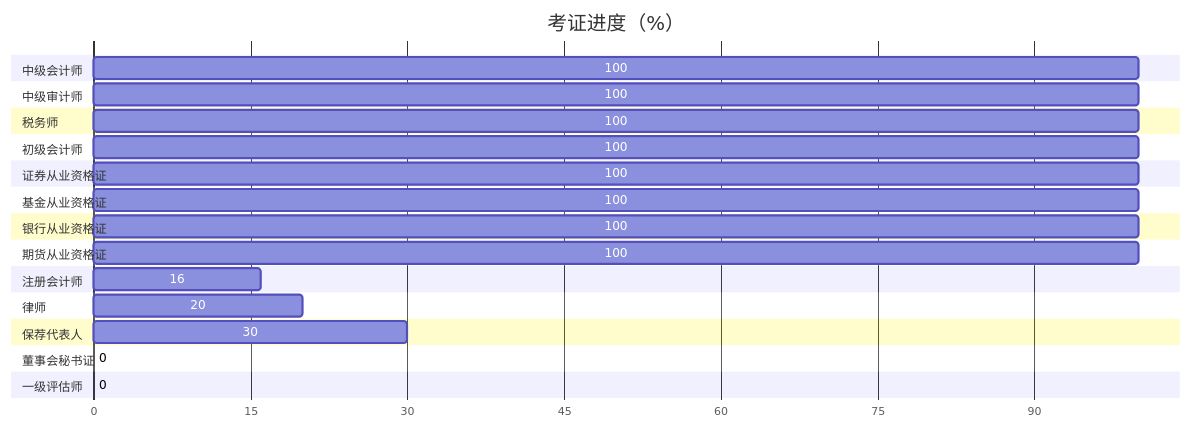
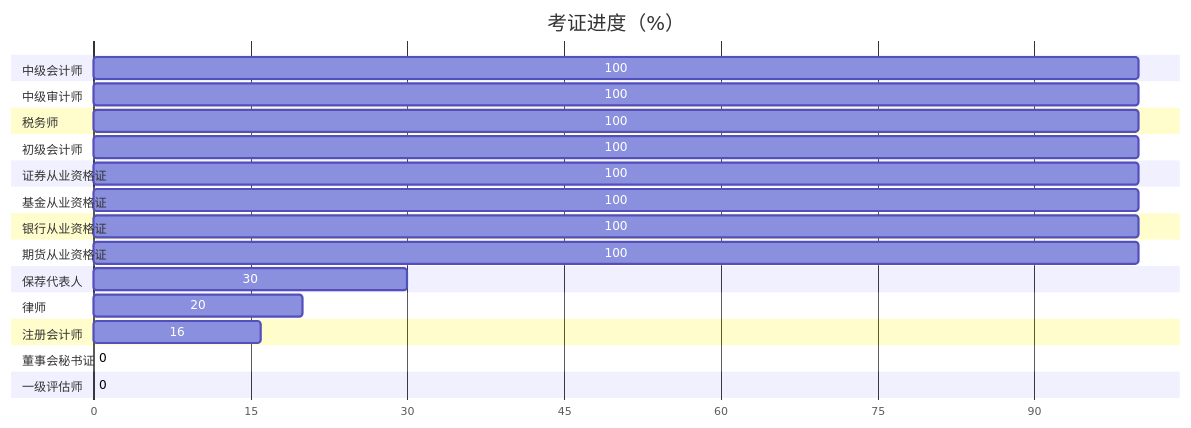
The diagram in content/about/index.md (richffan/blog), drawn with Mermaid before and after one commit. The commit also changed other lines of this file, not shown here.

````diff
--- a/content/about/index.md
+++ b/content/about/index.md
@@ -18,44 +18,44 @@
 ```mermaid
 gantt
   title 考证进度（%）
   dateFormat X
   axisFormat %s
   section 中级会计师
   100   : 0, 100
 
   section 中级审计师
   100   : 0, 100
 
   section 税务师
   100   : 0, 100
 
   section 初级会计师
   100   : 0, 100
 
   section 证券从业资格证
   100   : 0, 100
 
   section 基金从业资格证
   100   : 0, 100
 
   section 银行从业资格证
   100   : 0, 100
 
   section 期货从业资格证
   100   : 0, 100
 
-  section 注册会计师
-  16   : 0, 16
+  section 保荐代表人
+  30   : 0, 30
 
   section 律师
   20   : 0, 20
 
-  section 保荐代表人
-  30   : 0, 30
+  section 注册会计师
+  16   : 0, 16
 
   section 董事会秘书证
   0   : 0, 0
 
   section 一级评估师
   0   : 0, 0
 ```
````
